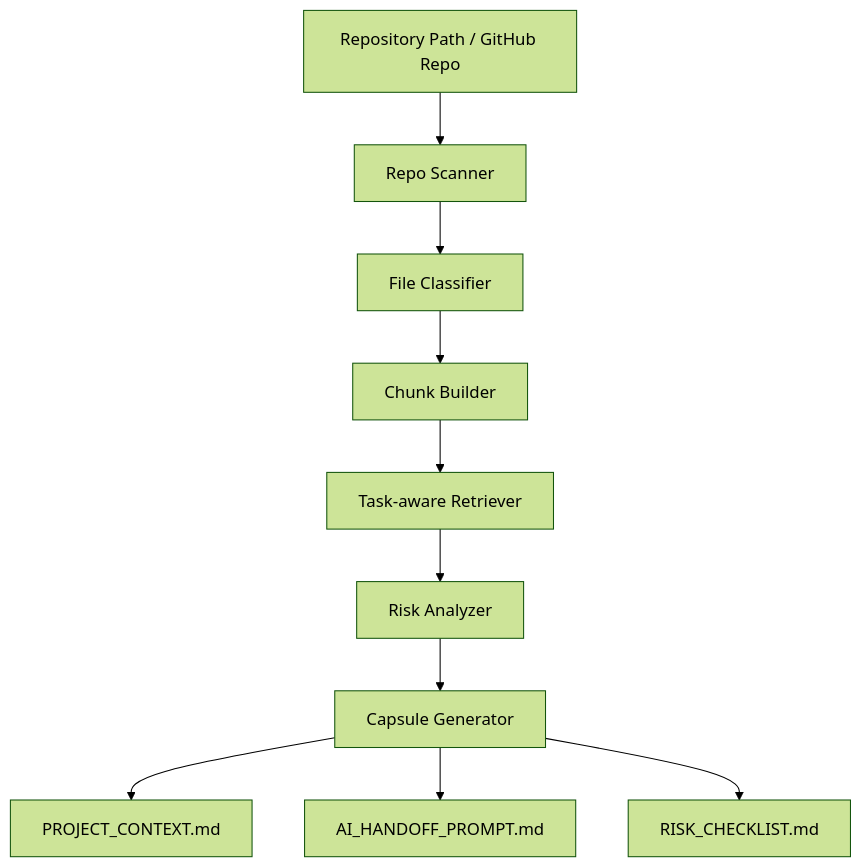
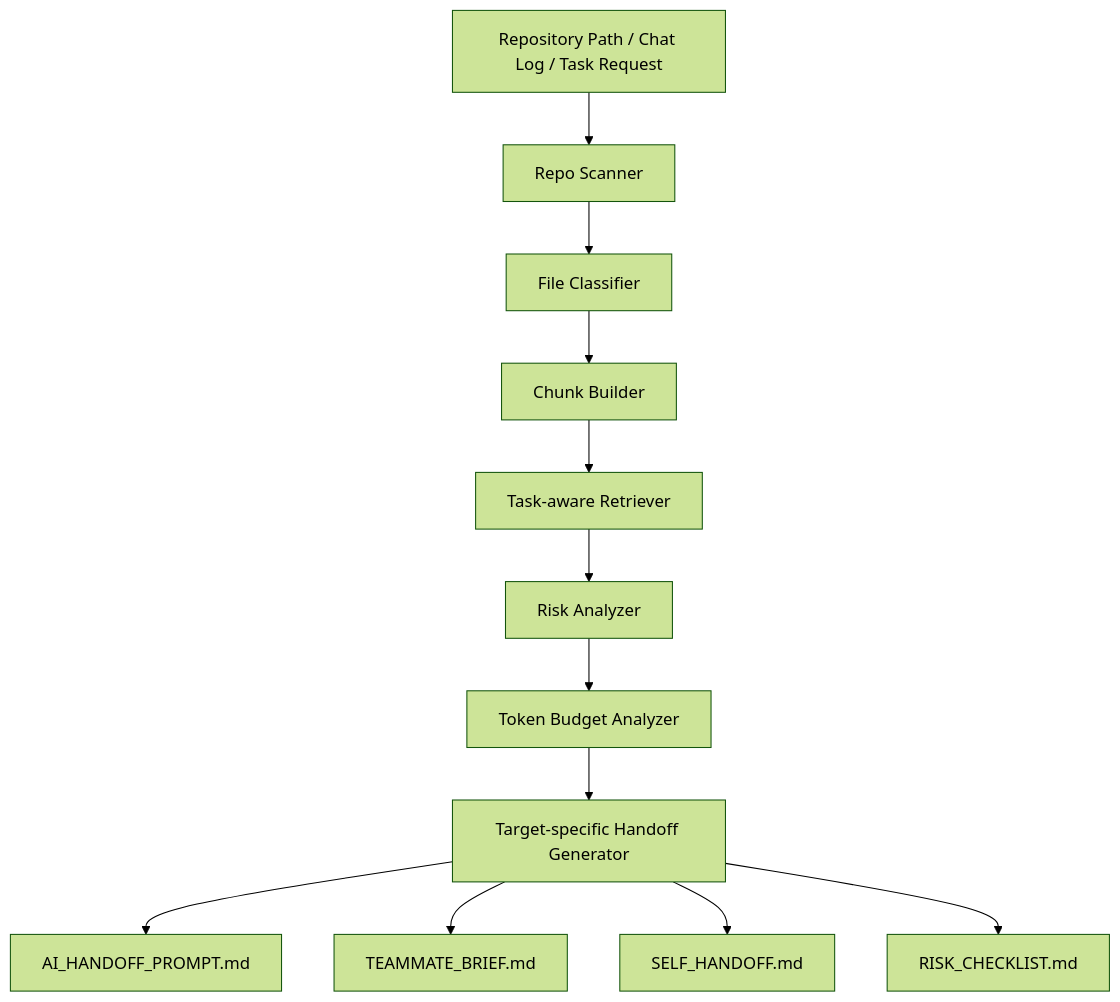
One commit to mosejong/context-capsule changed the diagram in README.md. Above: the diagram before and after it, drawn with Mermaid (forest theme). The commit also changed other lines of this file and 35 other files, not shown here.

Commit message:
Build target-specific handoff MVP

````diff
--- a/README.md
+++ b/README.md
@@ -31,12 +97,14 @@
 ```mermaid
 flowchart TD
-    A[Repository Path / GitHub Repo] --> B[Repo Scanner]
+    A[Repository Path / Chat Log / Task Request] --> B[Repo Scanner]
     B --> C[File Classifier]
     C --> D[Chunk Builder]
     D --> E[Task-aware Retriever]
     E --> F[Risk Analyzer]
-    F --> G[Capsule Generator]
-    G --> H[PROJECT_CONTEXT.md]
-    G --> I[AI_HANDOFF_PROMPT.md]
-    G --> J[RISK_CHECKLIST.md]
+    F --> G[Token Budget Analyzer]
+    G --> H[Target-specific Handoff Generator]
+    H --> I[AI_HANDOFF_PROMPT.md]
+    H --> J[TEAMMATE_BRIEF.md]
+    H --> K[SELF_HANDOFF.md]
+    H --> L[RISK_CHECKLIST.md]
 ```
````
